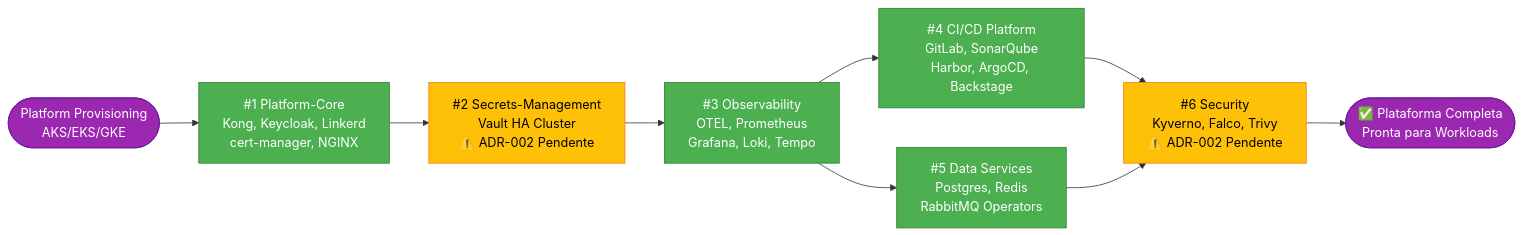
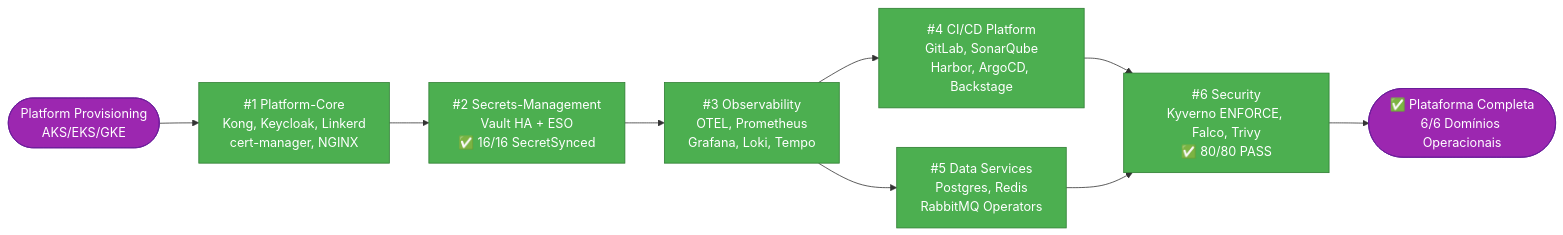
Before and after one commit to gilvangalindofictor/arquitetura-kubernetes: the second of 10 diagrams in ARCHITECTURE-DIAGRAMS.md, drawn with Mermaid. The commit also changed other lines of this file and 96 other files, not shown here.

````diff
--- a/ARCHITECTURE-DIAGRAMS.md
+++ b/ARCHITECTURE-DIAGRAMS.md
@@ -155,27 +155,25 @@
 ```mermaid
 graph LR
     START([Platform Provisioning<br/>AKS/EKS/GKE]) --> PC[#1 Platform-Core<br/>Kong, Keycloak, Linkerd<br/>cert-manager, NGINX]
 
-    PC --> SM[#2 Secrets-Management<br/>Vault HA Cluster<br/>⚠️ ADR-002 Pendente]
+    PC --> SM[#2 Secrets-Management<br/>Vault HA + ESO<br/>✅ 16/16 SecretSynced]
 
     SM --> OBS[#3 Observability<br/>OTEL, Prometheus<br/>Grafana, Loki, Tempo]
 
     OBS --> CICD[#4 CI/CD Platform<br/>GitLab, SonarQube<br/>Harbor, ArgoCD, Backstage]
 
     OBS --> DATA[#5 Data Services<br/>Postgres, Redis<br/>RabbitMQ Operators]
 
-    CICD --> SEC[#6 Security<br/>Kyverno, Falco, Trivy<br/>⚠️ ADR-002 Pendente]
+    CICD --> SEC[#6 Security<br/>Kyverno ENFORCE, Falco, Trivy<br/>✅ 80/80 PASS]
 
     DATA --> SEC
 
-    SEC --> READY([✅ Plataforma Completa<br/>Pronta para Workloads])
+    SEC --> READY([✅ Plataforma Completa<br/>6/6 Domínios Operacionais])
 
     %% Estilos
     classDef done fill:#4CAF50,stroke:#2E7D32,color:#fff
-    classDef pending fill:#FFC107,stroke:#F57C00,color:#000
     classDef milestone fill:#9C27B0,stroke:#6A1B9A,color:#fff
 
-    class PC,OBS,CICD,DATA done
-    class SM,SEC pending
+    class PC,OBS,CICD,DATA,SM,SEC done
     class START,READY milestone
 ```
````
